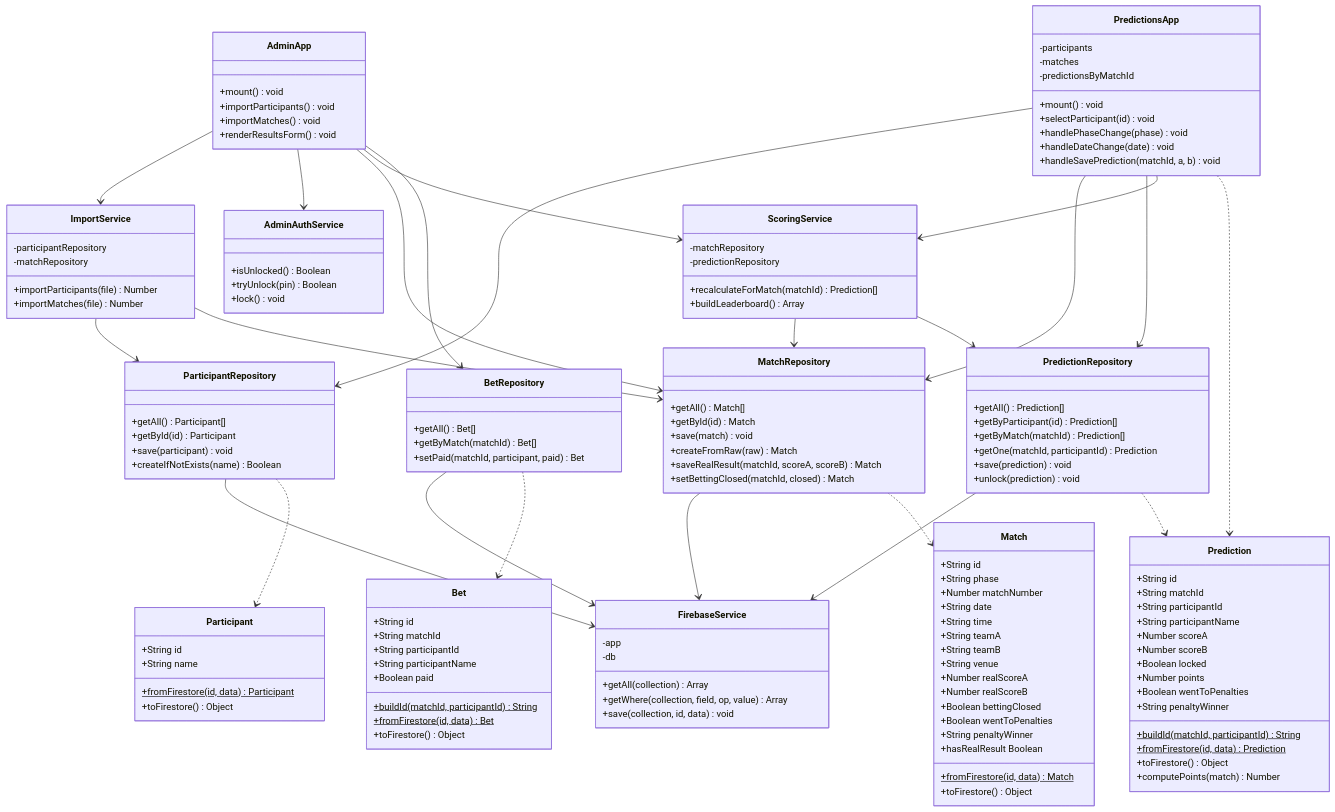
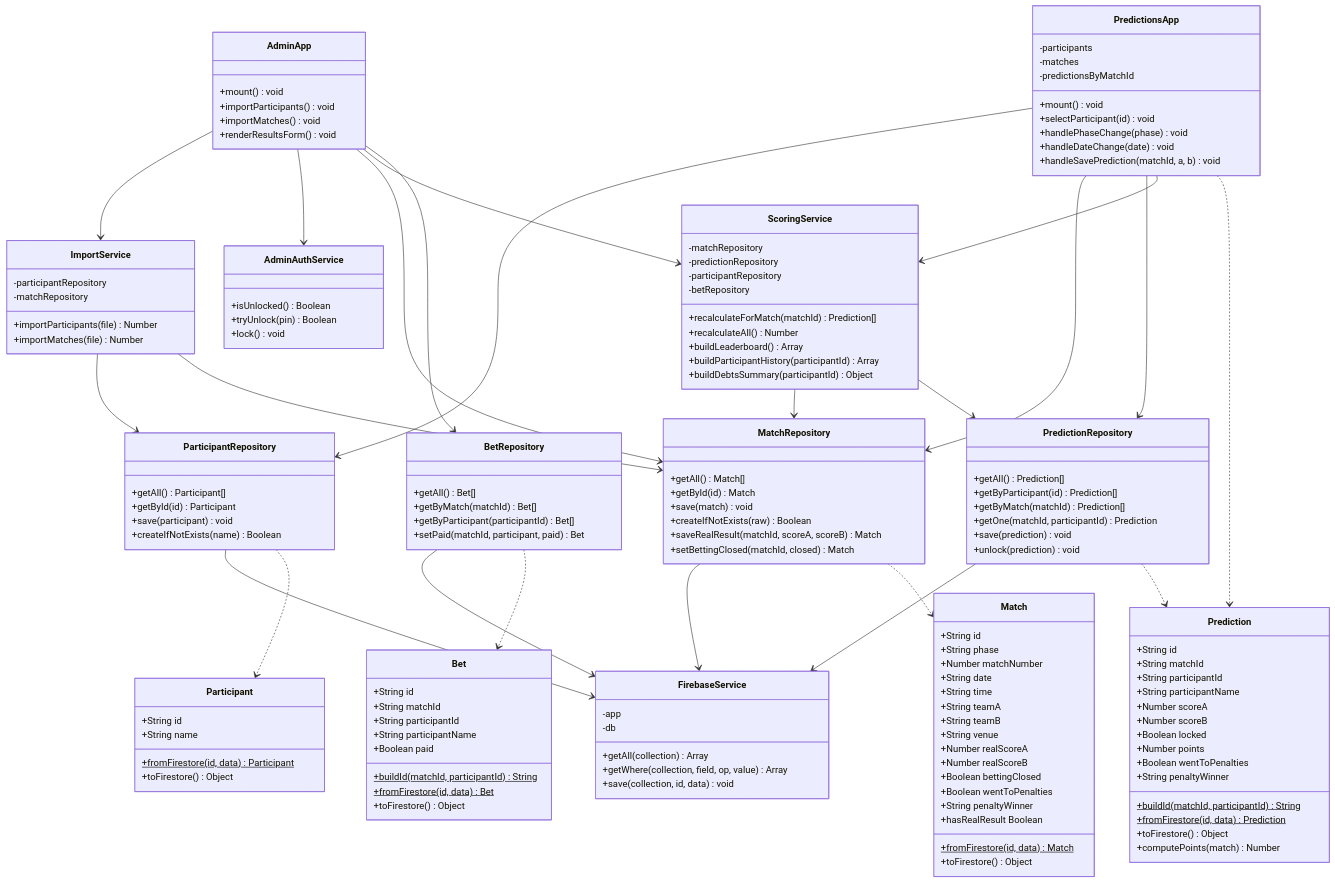
The first of 3 diagrams in docs/UML.md (cristianfchq/WorldCup2026), drawn with Mermaid before and after one commit. The commit also changed 9 other files, not shown here.

```diff
--- a/docs/UML.md
+++ b/docs/UML.md
@@ -77,7 +77,7 @@
         +getAll() Match[]
         +getById(id) Match
         +save(match) void
-        +createFromRaw(raw) Match
+        +createIfNotExists(raw) Boolean
         +saveRealResult(matchId, scoreA, scoreB) Match
         +setBettingClosed(matchId, closed) Match
     }
@@ -94,14 +94,20 @@
     class BetRepository {
         +getAll() Bet[]
         +getByMatch(matchId) Bet[]
+        +getByParticipant(participantId) Bet[]
         +setPaid(matchId, participant, paid) Bet
     }
 
     class ScoringService {
         -matchRepository
         -predictionRepository
+        -participantRepository
+        -betRepository
         +recalculateForMatch(matchId) Prediction[]
+        +recalculateAll() Number
         +buildLeaderboard() Array
+        +buildParticipantHistory(participantId) Array
+        +buildDebtsSummary(participantId) Object
     }
 
     class ImportService {
```
